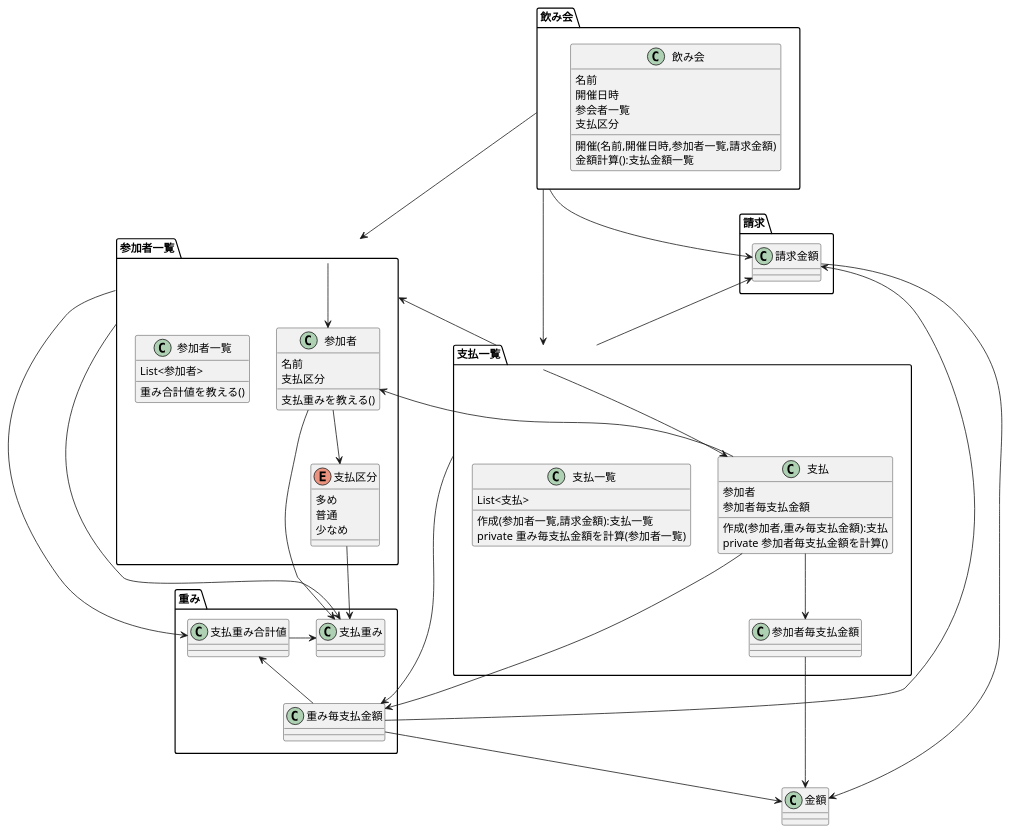
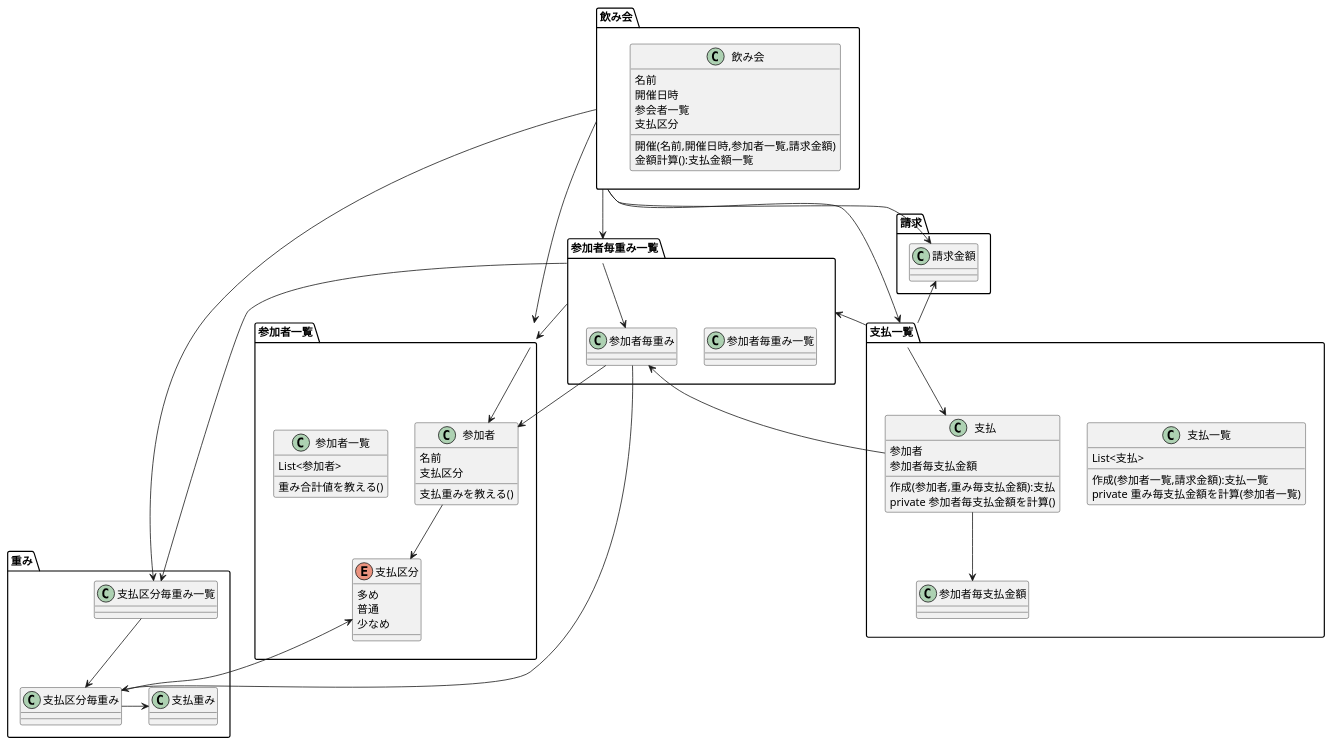
Before and after one commit to muractice/wari: the diagram in etc/warikan.puml, drawn with PlantUML. The commit also changed 13 other files, not shown here.

```diff
--- a/etc/warikan.puml
+++ b/etc/warikan.puml
@@ -1,150 +1,132 @@
 @startuml
 
 /'
 class 幹事{
 }
 '/
 
 package 飲み会{
 
 class 飲み会 {
 名前
 開催日時
 参会者一覧
 支払区分
 '幹事
 開催(名前,開催日時,参加者一覧,請求金額)
 '参加者追加()
 金額計算():支払金額一覧
 }
 
 
 }
 
 
 package 請求{
 
 class 請求金額{
 }
 
 }
 
 
 
 package 参加者一覧{
 class 参加者{
 名前
 '飲み会
 支払区分
 支払重みを教える()
 }
 
 class 参加者一覧{
 List<参加者>
 重み合計値を教える()
 }
 
 enum 支払区分{
 多め
 普通
 少なめ
 }
 
 }
 
 
 package 重み{
-class 重み毎支払金額{
-}
-class 支払重み合計値{
-}
+'class 重み毎支払金額{
+'}
 class 支払重み{
 }
+class 支払区分毎重み{
+}
+class 支払区分毎重み一覧{
+}
+
 }
 
 package 支払一覧{
 class 支払一覧{
 List<支払>
 作成(参加者一覧,請求金額):支払一覧
 private 重み毎支払金額を計算(参加者一覧)
 }
 
 class 支払{
 参加者
 参加者毎支払金額
 作成(参加者,重み毎支払金額):支払
 private 参加者毎支払金額を計算()
 }
 
 
 class 参加者毎支払金額{
 }
 
 
 }
 
-/'
-class メンバー毎支払割合{
-参加者
-支払割合
+package 参加者毎重み一覧{
+class 参加者毎重み一覧{
 }
-'/
+class 参加者毎重み{
+}
 
-
-class 金額{
 }
 
 
-/'
-class 支払計算{
-参加者一覧
-請求金額
-計算():支払金額一覧
-private 重み毎支払金額を計算(参加者一覧)
-private 参加者毎支配金額を計算()
-}
-'/
+
+飲み会  -d-> 参加者一覧
+飲み会 -d-> 請求金額
+飲み会 -d-> 支払一覧
+飲み会 -d-> 参加者毎重み一覧
+飲み会 -d-> 支払区分毎重み一覧
+
+参加者一覧 -d-> 参加者
+参加者 -d-> 支払区分
+
+'支払区分 -d-> 支払重み
 
 
-'飲み会 -> 幹事
-飲み会  -d-> 参加者一覧
-飲み会 -d-> 請求金額
-'飲み会 -> 支払区分
-'飲み会 -> 支払金額
-飲み会 -d-> 支払一覧
-
-参加者一覧 -d-> 参加者
-参加者一覧 -d-> 支払重み
-参加者一覧 -d-> 支払重み合計値
-参加者 -d-> 支払区分
-参加者 -d-> 支払重み
-
-支払区分 -d-> 支払重み
-
-/'
-支払計算 -d-> 支払一覧
-支払計算 -d-> 参加者一覧
-支払計算 -d-> 請求金額
-支払計算 -d-> 重み毎支払金額
-支払計算 -d-> 参加者毎支払金額
-'/
-
-支払一覧 -u-> 参加者一覧
+支払一覧 -u-> 参加者毎重み一覧
 支払一覧 -d-> 支払
 支払一覧 -u-> 請求金額
-支払一覧 -> 重み毎支払金額
 
-支払 -d-> 参加者
+支払 -d-> 参加者毎重み
 支払 -d-> 参加者毎支払金額
-支払 -> 重み毎支払金額
-
-支払重み合計値 -> 支払重み
-
-重み毎支払金額 -u-> 支払重み合計値
-重み毎支払金額 -u-> 請求金額
-重み毎支払金額 -d-> 金額
 
 
-参加者毎支払金額 -d-> 金額
-請求金額 -d-> 金額
+支払区分毎重み -> 支払重み
+支払区分毎重み -u-> 支払区分
+
+支払区分毎重み一覧 -d->支払区分毎重み
+
+
+参加者毎重み一覧 -d-> 参加者毎重み
+参加者毎重み一覧 -d-> 支払区分毎重み一覧
+参加者毎重み一覧 -d-> 参加者一覧
+
+参加者毎重み -d-> 支払区分毎重み
+参加者毎重み -d-> 参加者
+
 @enduml
```
